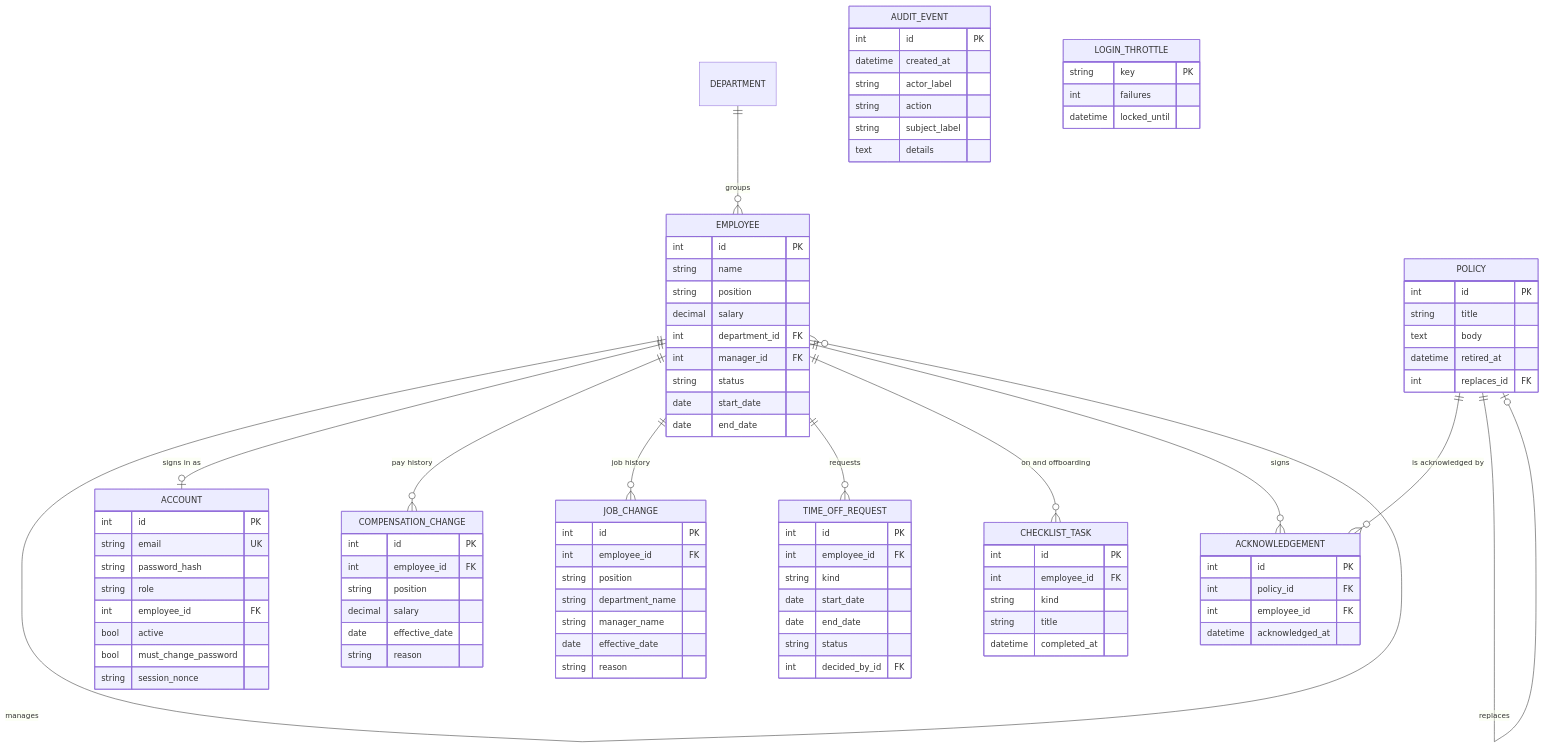
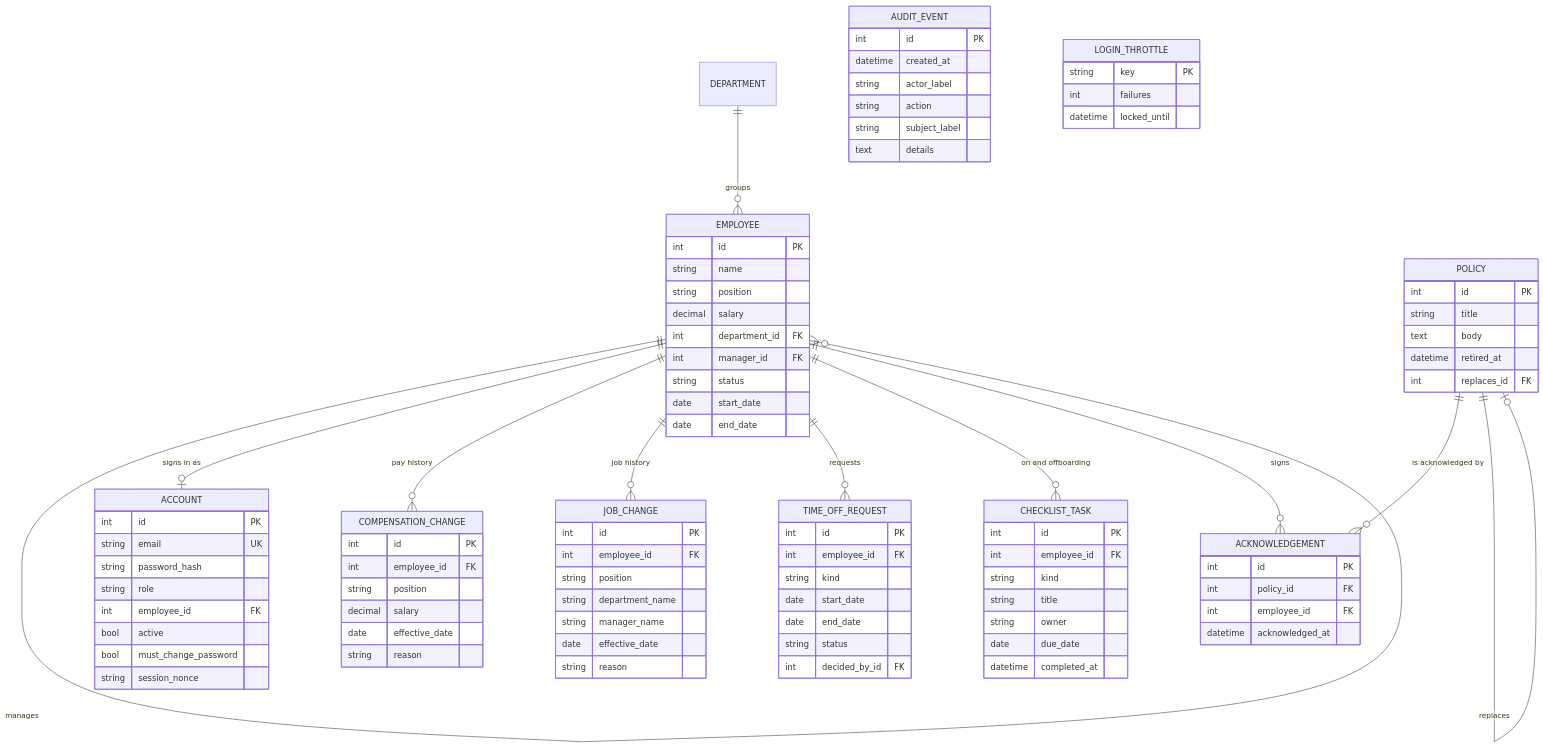
Before and after one commit to patrickking67/peoplebase: the second of 5 diagrams in docs/architecture.md, drawn with Mermaid. The commit also changed 6 other files, not shown here.

```diff
--- a/docs/architecture.md
+++ b/docs/architecture.md
@@ -95,6 +95,8 @@
         int employee_id FK
         string kind
         string title
+        string owner
+        date due_date
         datetime completed_at
     }
     POLICY {
```
